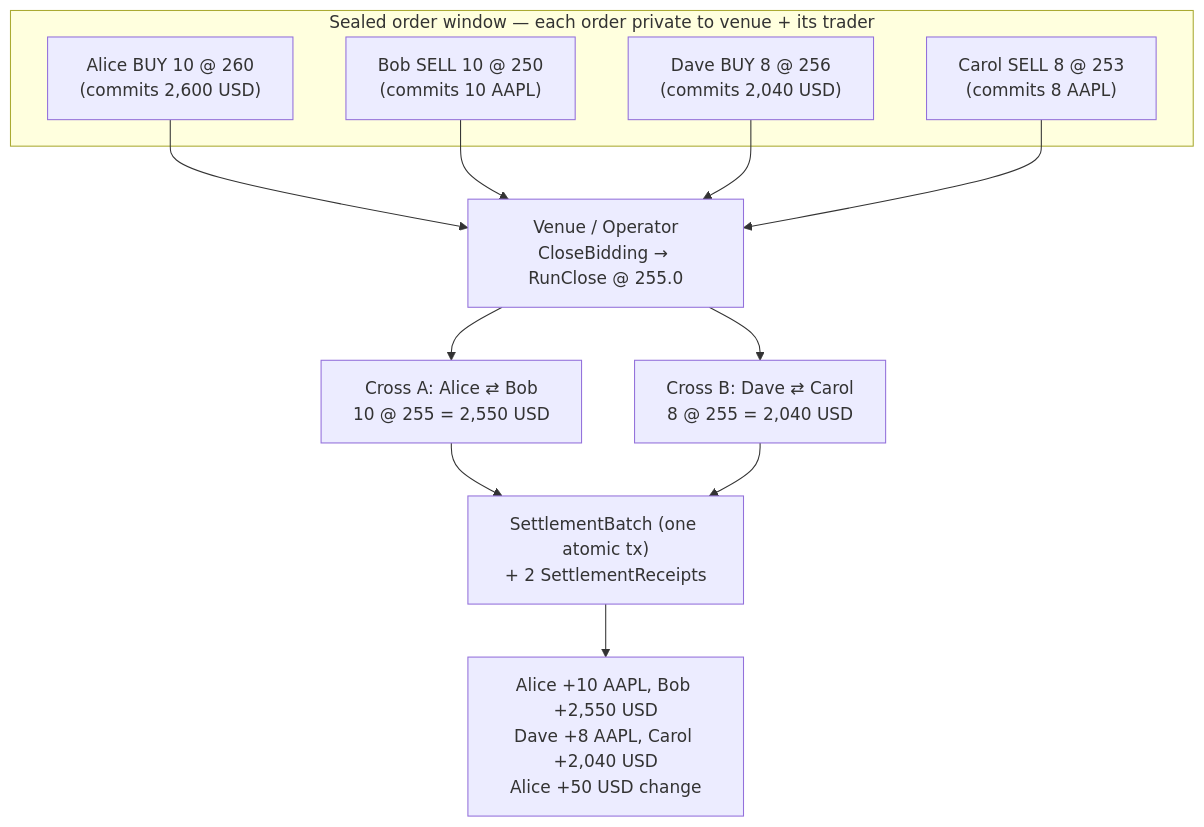
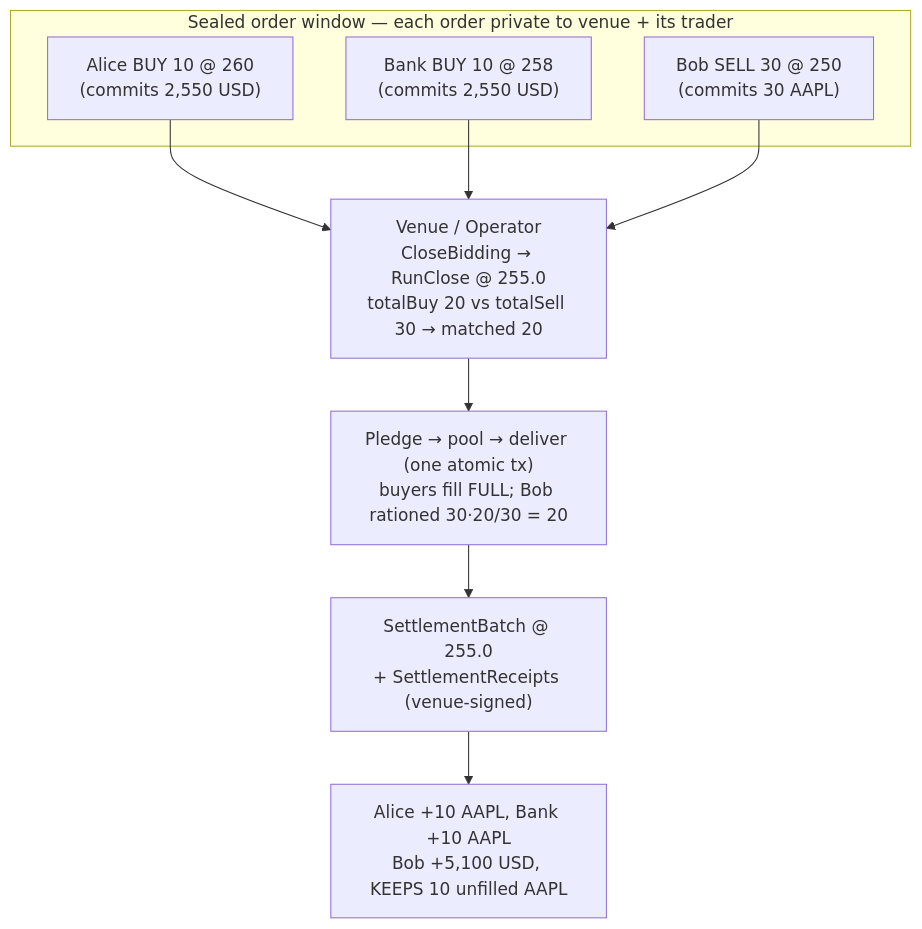
One commit to superbigroach/canton-dvp-settlement-desk changed the second of 2 diagrams in README.md. Above: the diagram before and after it, drawn with Mermaid. The commit also changed other lines of this file and 11 other files, not shown here.

````diff
--- a/README.md
+++ b/README.md
@@ -150,19 +152,15 @@
 ```mermaid
 flowchart TD
     subgraph Sealed["Sealed order window — each order private to venue + its trader"]
-        BO1["Alice BUY 10 @ 260<br/>(commits 2,600 USD)"]
-        SO1["Bob SELL 10 @ 250<br/>(commits 10 AAPL)"]
-        BO2["Dave BUY 8 @ 256<br/>(commits 2,040 USD)"]
-        SO2["Carol SELL 8 @ 253<br/>(commits 8 AAPL)"]
+        BO1["Alice BUY 10 @ 260<br/>(commits 2,550 USD)"]
+        BO2["Bank  BUY 10 @ 258<br/>(commits 2,550 USD)"]
+        SO1["Bob  SELL 30 @ 250<br/>(commits 30 AAPL)"]
     end
-    Op["Venue / Operator<br/>CloseBidding → RunClose @ 255.0"]
+    Op["Venue / Operator<br/>CloseBidding → RunClose @ 255.0<br/>totalBuy 20 vs totalSell 30 → matched 20"]
     BO1 --> Op
+    BO2 --> Op
     SO1 --> Op
-    BO2 --> Op
-    SO2 --> Op
-    Op --> X1["Cross A: Alice ⇄ Bob<br/>10 @ 255 = 2,550 USD"]
-    Op --> X2["Cross B: Dave ⇄ Carol<br/>8 @ 255 = 2,040 USD"]
-    X1 --> B["SettlementBatch (one atomic tx)<br/>+ 2 SettlementReceipts"]
-    X2 --> B
-    B --> R["Alice +10 AAPL, Bob +2,550 USD<br/>Dave +8 AAPL, Carol +2,040 USD<br/>Alice +50 USD change"]
+    Op --> P["Pledge → pool → deliver (one atomic tx)<br/>buyers fill FULL; Bob rationed 30·20/30 = 20"]
+    P --> B["SettlementBatch @ 255.0<br/>+ SettlementReceipts (venue-signed)"]
+    B --> R["Alice +10 AAPL, Bank +10 AAPL<br/>Bob +5,100 USD, KEEPS 10 unfilled AAPL"]
 ```
````
